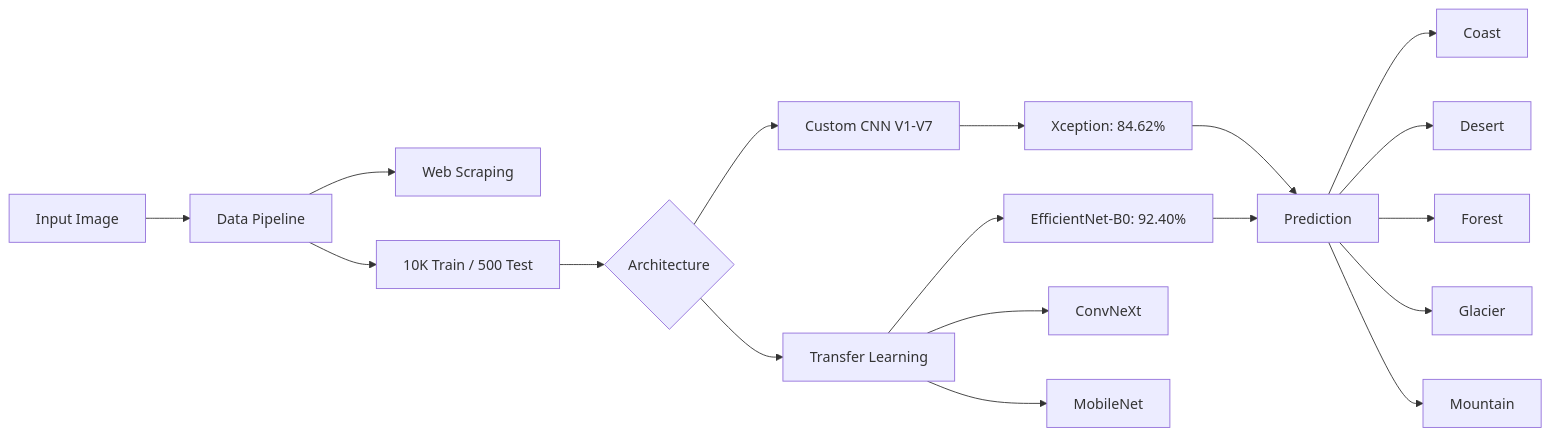
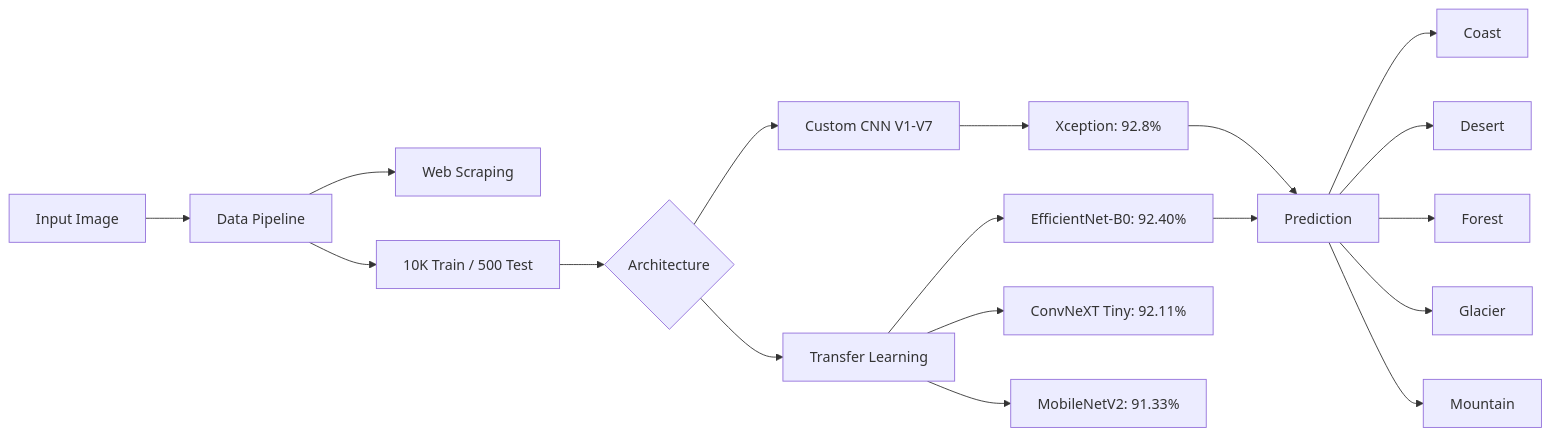
Before and after one commit to Akasxh/Terrain-Recognition: the first of 2 diagrams in README.md, drawn with Mermaid. The commit also changed other lines of this file, not shown here.

First line of the commit message:
[ README ] : comprehensive documentation with architecture diagrams

````diff
--- a/README.md
+++ b/README.md
@@ -13,22 +13,22 @@
 ```mermaid
 graph LR
     A[Input Image] --> B[Data Pipeline]
     B --> B1[Web Scraping]
     B --> B2[10K Train / 500 Test]
 
     B2 --> C{Architecture}
     C --> D[Custom CNN V1-V7]
     C --> E[Transfer Learning]
 
-    D --> D1[Xception: 84.62%]
+    D --> D1[Xception: 92.8%]
     E --> E1[EfficientNet-B0: 92.40%]
-    E --> E2[ConvNeXt]
-    E --> E3[MobileNet]
+    E --> E2[ConvNeXT Tiny: 92.11%]
+    E --> E3[MobileNetV2: 91.33%]
 
     D1 & E1 --> F[Prediction]
     F --> G1[Coast]
     F --> G2[Desert]
     F --> G3[Forest]
     F --> G4[Glacier]
     F --> G5[Mountain]
 ```
````
